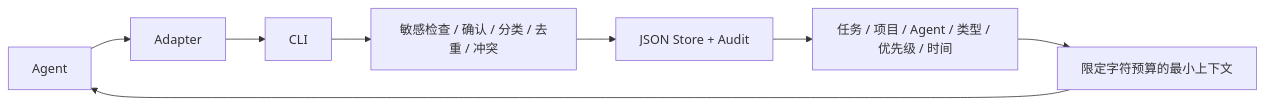
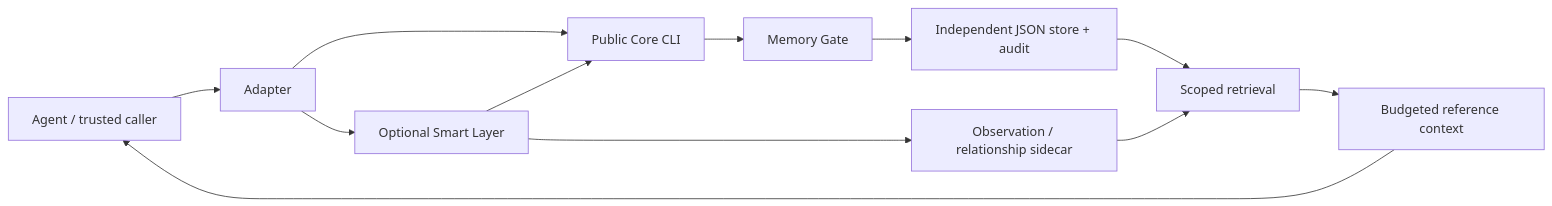
The first of 2 diagrams in README.md (hcxhcx1981-hash/agent-memory-os), drawn with Mermaid before and after one commit. The commit also changed other lines of this file and 21 other files, not shown here.

````diff
--- a/README.md
+++ b/README.md
@@ -7,9 +77,14 @@
 ```mermaid
 flowchart LR
-    Agent --> Adapter --> CLI
-    CLI --> Gate[敏感检查 / 确认 / 分类 / 去重 / 冲突]
-    Gate --> Store[JSON Store + Audit]
-    Store --> Retrieval[任务 / 项目 / Agent / 类型 / 优先级 / 时间]
-    Retrieval --> Injection[限定字符预算的最小上下文]
-    Injection --> Agent
+    A[Agent / trusted caller] --> R[Adapter]
+    R --> S[Optional Smart Layer]
+    R --> C[Public Core CLI]
+    S --> C
+    C --> G[Memory Gate]
+    G --> J[Independent JSON store + audit]
+    S --> O[Observation / relationship sidecar]
+    J --> F[Scoped retrieval]
+    O --> F
+    F --> I[Budgeted reference context]
+    I --> A
 ```
````
